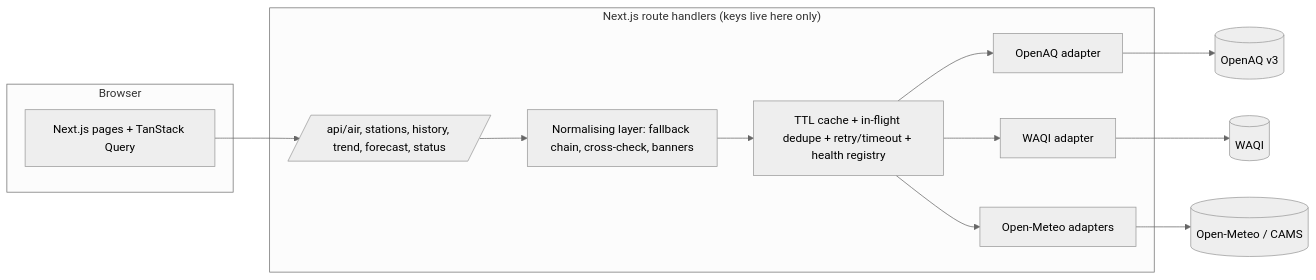
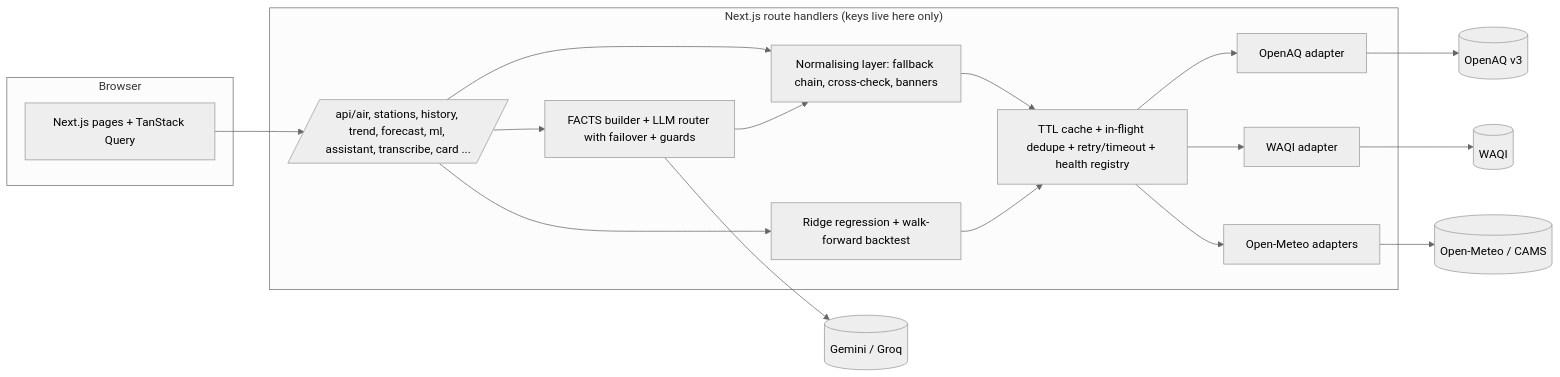
The diagram in README.md (yakew7/Saans), drawn with Mermaid (neutral theme) before and after one commit. The commit also changed other lines of this file and 13 other files, not shown here.

````diff
--- a/README.md
+++ b/README.md
@@ -49,18 +93,24 @@
 ```mermaid
 flowchart LR
   subgraph Browser
     UI[Next.js pages + TanStack Query]
   end
   subgraph Server["Next.js route handlers (keys live here only)"]
-    R[/api/air, stations, history, trend, forecast, status/]
+    R[/api/air, stations, history, trend, forecast, ml, assistant, transcribe, card .../]
     N[Normalising layer: fallback chain, cross-check, banners]
     C[TTL cache + in-flight dedupe + retry/timeout + health registry]
+    F[FACTS builder + LLM router with failover + guards]
+    M[Ridge regression + walk-forward backtest]
     A1[OpenAQ adapter]
     A2[WAQI adapter]
     A3[Open-Meteo adapters]
   end
-  UI --> R --> N --> C
+  UI --> R
+  R --> N --> C
+  R --> F --> N
+  R --> M --> C
   C --> A1 --> OAQ[(OpenAQ v3)]
   C --> A2 --> WAQI[(WAQI)]
   C --> A3 --> OM[(Open-Meteo / CAMS)]
+  F --> LLM[(Gemini / Groq)]
 ```
````
